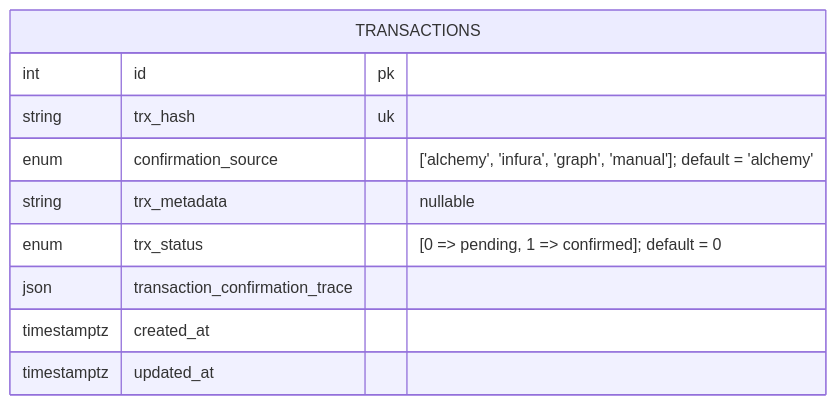
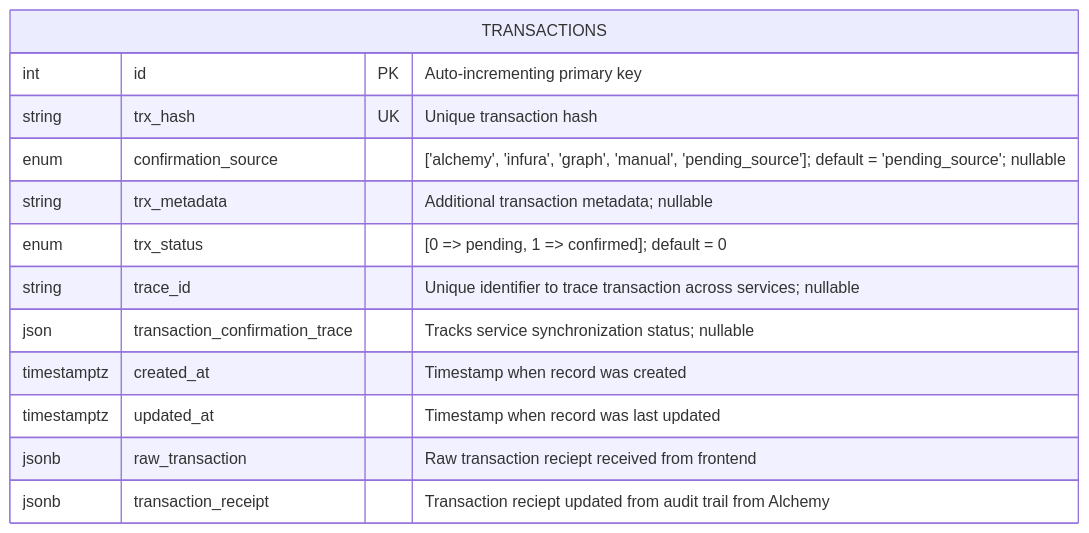
One commit to FinCube-23/DAO-Proposal-Governance changed the first of 3 diagrams in IMPROVED-ER-DIAGRAM.md. Above: the diagram before and after it, drawn with Mermaid. The commit also changed other lines of this file and 94 other files, not shown here.

First line of the commit message:
Feat/21 audit trails display dynamic data in the frontend (#112)

````diff
--- a/IMPROVED-ER-DIAGRAM.md
+++ b/IMPROVED-ER-DIAGRAM.md
@@ -9,15 +9,19 @@
 ```mermaid
 erDiagram
 
     TRANSACTIONS {
-        int id pk
-        string trx_hash uk
-        enum confirmation_source "['alchemy', 'infura', 'graph', 'manual']; default = 'alchemy'"
-        string trx_metadata "nullable"
-        enum trx_status "[0 => pending, 1 => confirmed]; default = 0"
-        json transaction_confirmation_trace
-        timestamptz created_at
-        timestamptz updated_at
-    }
+       int id PK "Auto-incrementing primary key"
+       string trx_hash UK "Unique transaction hash"
+       enum confirmation_source "['alchemy', 'infura', 'graph', 'manual', 'pending_source']; default = 'pending_source'; nullable"
+       string trx_metadata "Additional transaction metadata; nullable"
+       enum trx_status "[0 => pending, 1 => confirmed]; default = 0"
+       string trace_id "Unique identifier to trace transaction across services; nullable"
+       json transaction_confirmation_trace "Tracks service synchronization status; nullable"
+       timestamptz created_at "Timestamp when record was created"
+       timestamptz updated_at "Timestamp when record was last updated"
+       jsonb raw_transaction "Raw transaction reciept received from frontend"
+       jsonb transaction_receipt "Transaction reciept updated from audit trail from Alchemy"
+   }
+  
 
 ```
````
